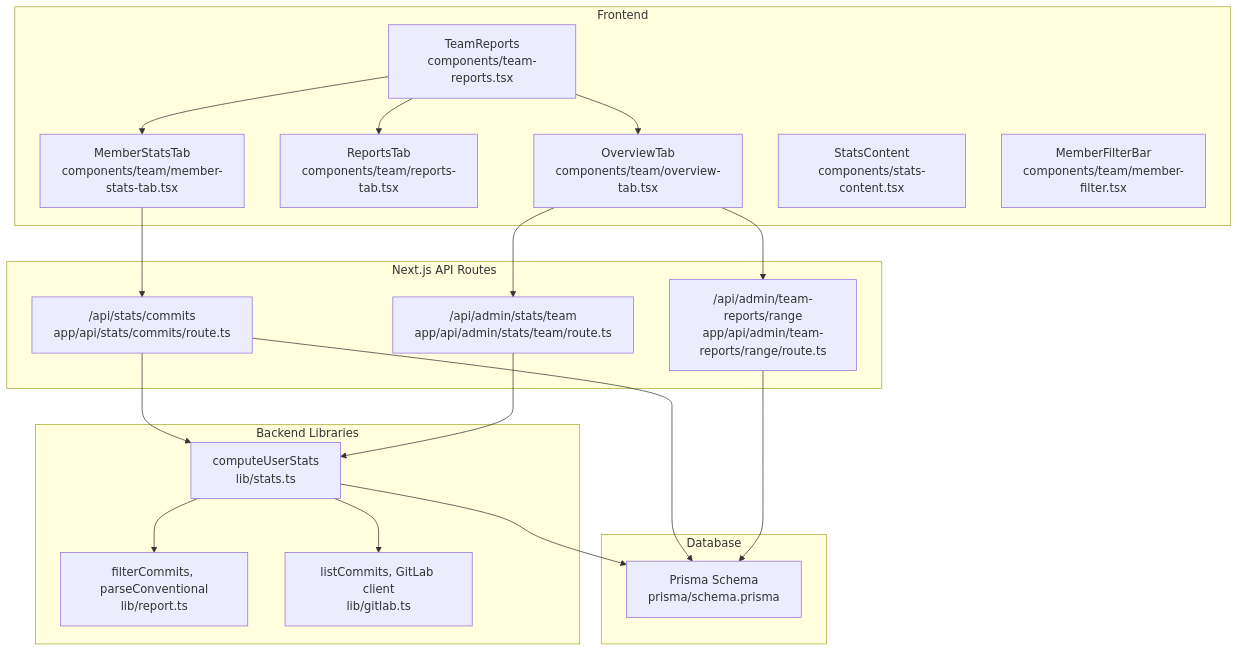
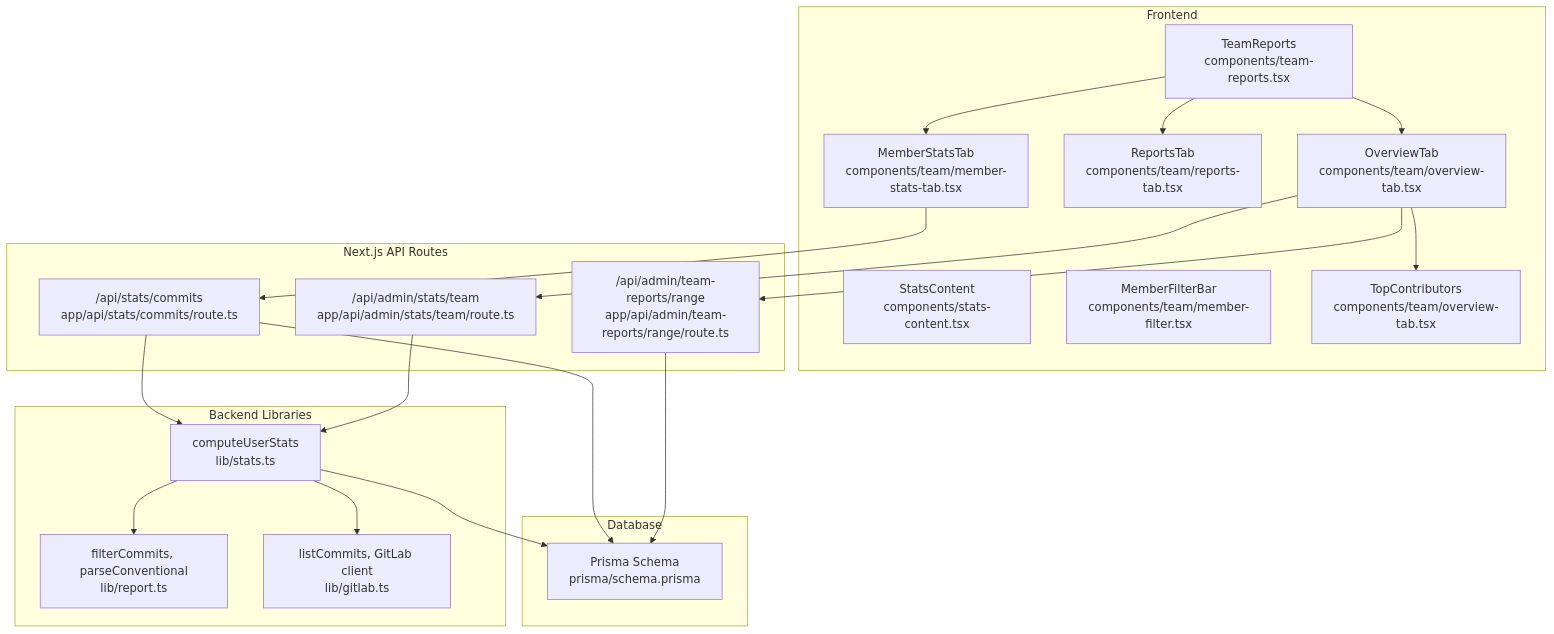
The first of 8 diagrams in .qoder/repowiki/en/content/Admin Features/Team Member Statistics.md (jrj444/git-daily), drawn with Mermaid before and after one commit. The commit also changed other lines of this file and 2 other files, not shown here.

````diff
--- a/.qoder/repowiki/en/content/Admin Features/Team Member Statistics.md
+++ b/.qoder/repowiki/en/content/Admin Features/Team Member Statistics.md
@@ -43,37 +54,39 @@
 ```mermaid
 graph TB
 subgraph "Frontend"
 TR["TeamReports<br/>components/team-reports.tsx"]
 MST["MemberStatsTab<br/>components/team/member-stats-tab.tsx"]
 RT["ReportsTab<br/>components/team/reports-tab.tsx"]
 OT["OverviewTab<br/>components/team/overview-tab.tsx"]
 SC["StatsContent<br/>components/stats-content.tsx"]
 MF["MemberFilterBar<br/>components/team/member-filter.tsx"]
+TL["TopContributors<br/>components/team/overview-tab.tsx"]
 end
 subgraph "Next.js API Routes"
 AC["/api/stats/commits<br/>app/api/stats/commits/route.ts"]
 ATS["/api/admin/stats/team<br/>app/api/admin/stats/team/route.ts"]
 AR["/api/admin/team-reports/range<br/>app/api/admin/team-reports/range/route.ts"]
 end
 subgraph "Backend Libraries"
 ST["computeUserStats<br/>lib/stats.ts"]
 RP["filterCommits, parseConventional<br/>lib/report.ts"]
 GL["listCommits, GitLab client<br/>lib/gitlab.ts"]
 end
 subgraph "Database"
 PRISMA["Prisma Schema<br/>prisma/schema.prisma"]
 end
 TR --> MST
 TR --> RT
 TR --> OT
 MST --> AC
 OT --> ATS
 OT --> AR
+OT --> TL
 AC --> ST
 ATS --> ST
 ST --> RP
 ST --> GL
 ST --> PRISMA
 AC --> PRISMA
 AR --> PRISMA
 ```
````
